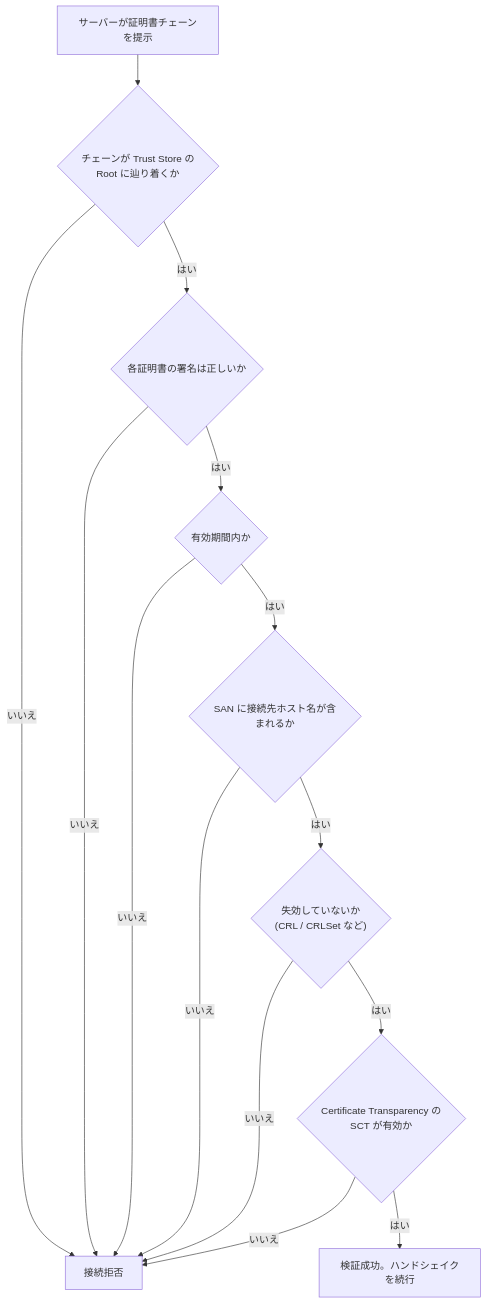
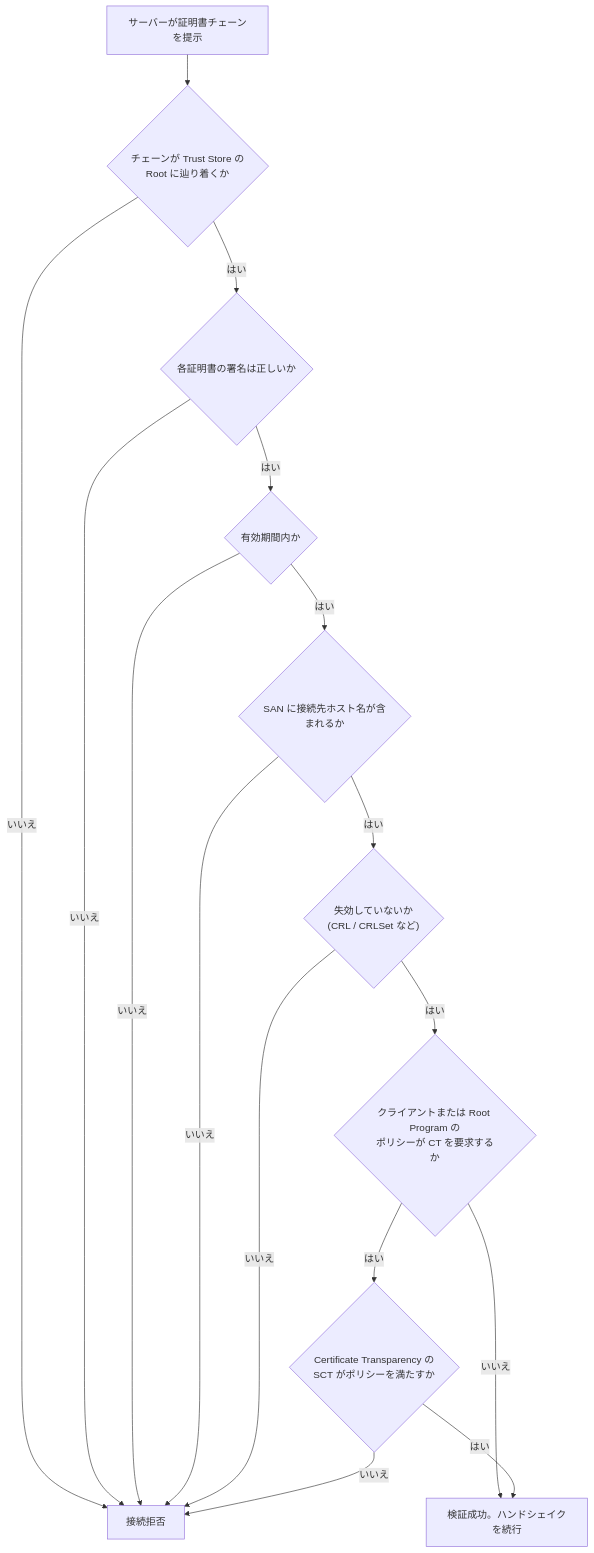
The ninth of 24 diagrams in Bulletproof-tls-pki-guide.md (myoshi2891/Security_Studies), drawn with Mermaid before and after one commit. The commit also changed other lines of this file, not shown here.

````diff
--- a/Bulletproof-tls-pki-guide.md
+++ b/Bulletproof-tls-pki-guide.md
@@ -393,16 +399,18 @@
 ```mermaid
 flowchart TD
     A["サーバーが証明書チェーンを提示"] --> B{"チェーンが Trust Store の<br/>Root に辿り着くか"}
     B -- いいえ --> X["接続拒否"]
     B -- はい --> C{"各証明書の署名は正しいか"}
     C -- いいえ --> X
     C -- はい --> D{"有効期間内か"}
     D -- いいえ --> X
     D -- はい --> E{"SAN に接続先ホスト名が含まれるか"}
     E -- いいえ --> X
     E -- はい --> F{"失効していないか<br/>(CRL / CRLSet など)"}
     F -- いいえ --> X
-    F -- はい --> G{"Certificate Transparency の<br/>SCT が有効か"}
+    F -- はい --> P{"クライアントまたは Root Program の<br/>ポリシーが CT を要求するか"}
+    P -- いいえ --> H["検証成功。ハンドシェイクを続行"]
+    P -- はい --> G{"Certificate Transparency の<br/>SCT がポリシーを満たすか"}
     G -- いいえ --> X
-    G -- はい --> H["検証成功。ハンドシェイクを続行"]
+    G -- はい --> H
 ```
````
